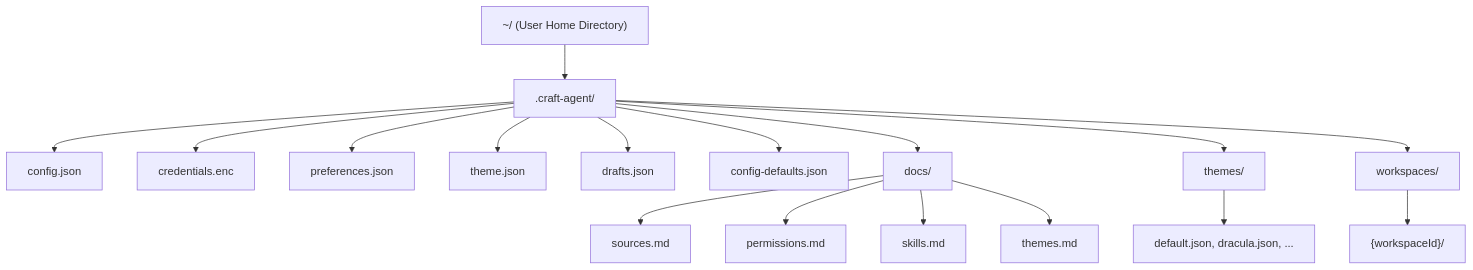
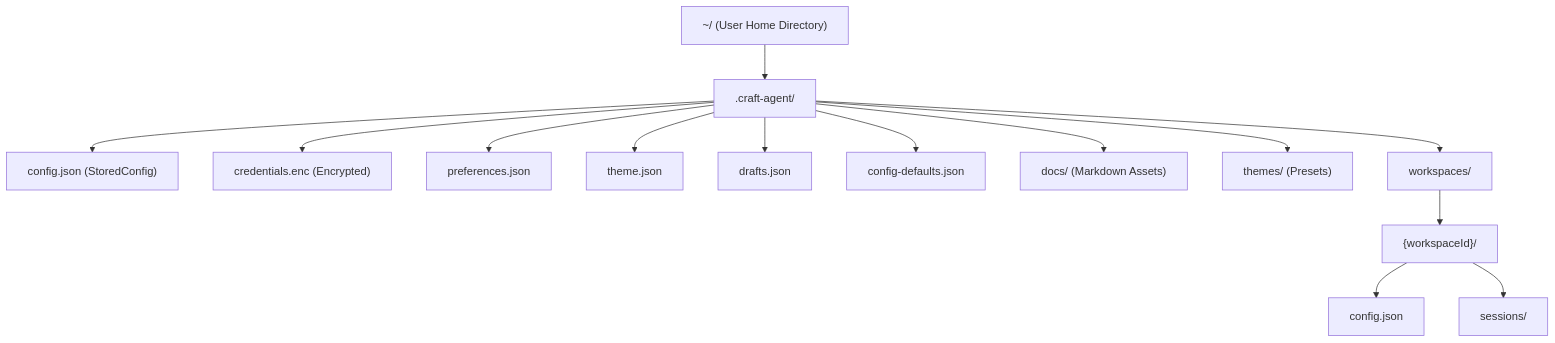
One commit to blackcater/zentree changed the first of 4 diagrams in docs/lukilabs_craft-agents-oss/architecture/storage-and-configuration.md. Above: the diagram before and after it, drawn with Mermaid. The commit also changed other lines of this file and 232 other files, not shown here.

````diff
--- a/docs/lukilabs_craft-agents-oss/architecture/storage-and-configuration.md
+++ b/docs/lukilabs_craft-agents-oss/architecture/storage-and-configuration.md
@@ -27,33 +32,30 @@
 ```mermaid
 graph TB
     HomeDir["~/ (User Home Directory)"]
     CraftRoot[".craft-agent/"]
 
-    AppConfig["config.json"]
-    AppCreds["credentials.enc"]
+    AppConfig["config.json (StoredConfig)"]
+    AppCreds["credentials.enc (Encrypted)"]
     AppPrefs["preferences.json"]
     AppTheme["theme.json"]
     AppDrafts["drafts.json"]
     AppDefaults["config-defaults.json"]
-    DocsDir["docs/"]
-    ThemesDir["themes/"]
+    DocsDir["docs/ (Markdown Assets)"]
+    ThemesDir["themes/ (Presets)"]
     WorkspacesDir["workspaces/"]
 
     HomeDir --> CraftRoot
     CraftRoot --> AppConfig
     CraftRoot --> AppCreds
     CraftRoot --> AppPrefs
     CraftRoot --> AppTheme
     CraftRoot --> AppDrafts
     CraftRoot --> AppDefaults
     CraftRoot --> DocsDir
     CraftRoot --> ThemesDir
     CraftRoot --> WorkspacesDir
 
-    DocsDir --> SourcesMd["sources.md"]
-    DocsDir --> PermissionsMd["permissions.md"]
-    DocsDir --> SkillsMd["skills.md"]
-    DocsDir --> ThemesMd["themes.md"]
-    ThemesDir --> PresetThemes["default.json, dracula.json, ..."]
     WorkspacesDir --> WsDir["{workspaceId}/"]
+    WsDir --> WsConfig["config.json"]
+    WsDir --> WsSessions["sessions/"]
 ```
````
